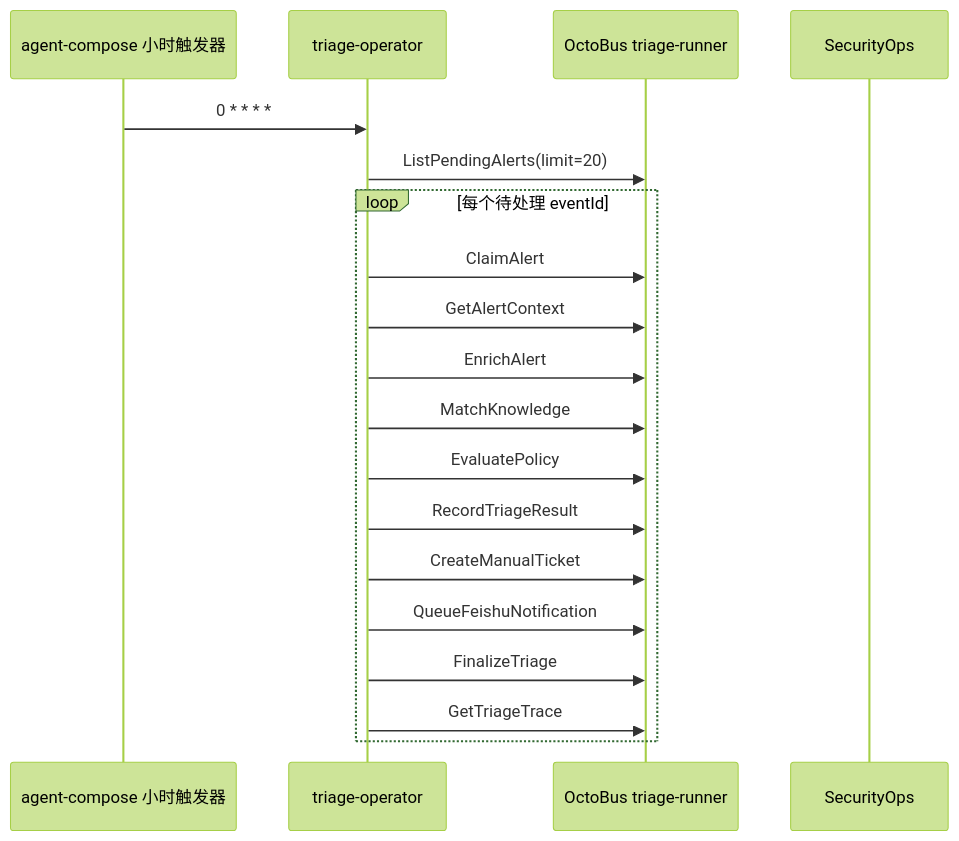
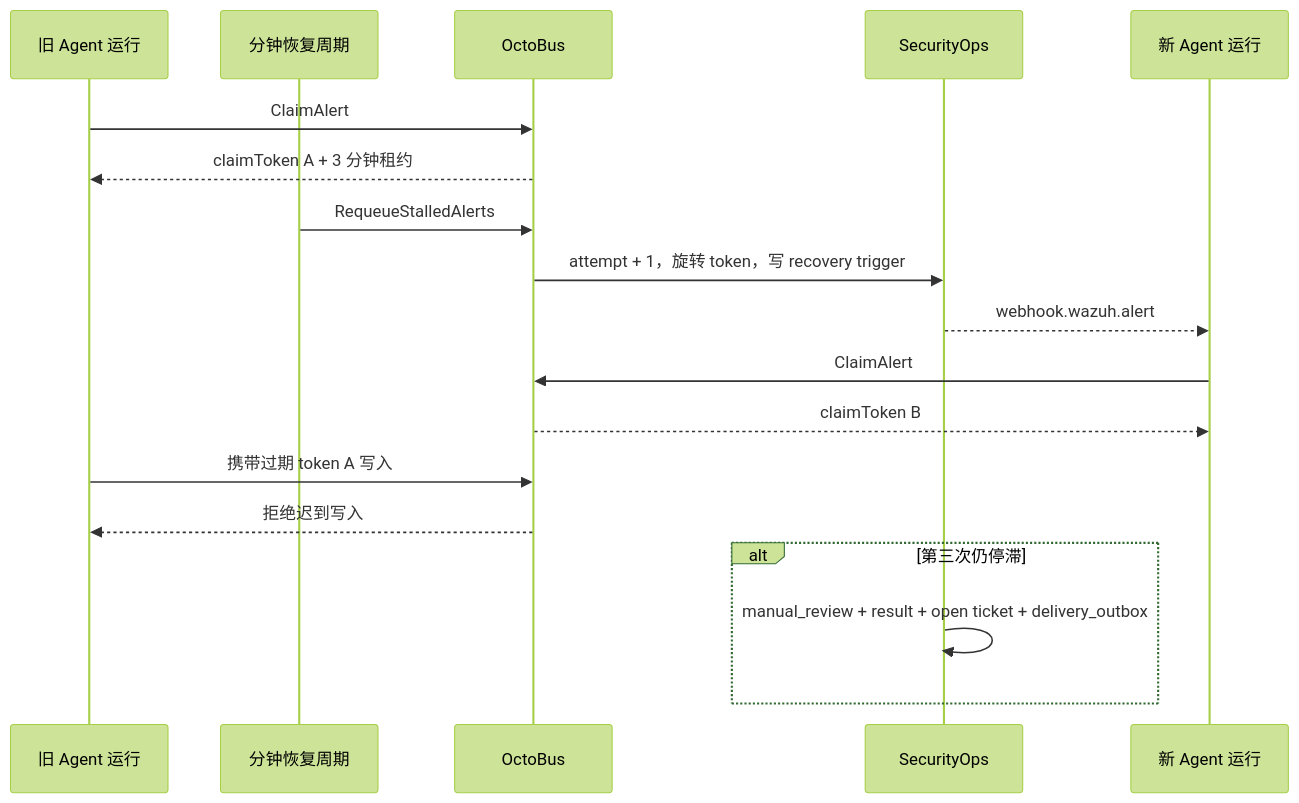
One commit to ch7pairsq/chaitin-triage-agent changed the third of 3 diagrams in README.md. Above: the diagram before and after it, drawn with Mermaid (forest theme). The commit also changed other lines of this file and 8 other files, not shown here.

````diff
--- a/README.md
+++ b/README.md
@@ -106,22 +109,21 @@
 ```mermaid
 sequenceDiagram
-  participant Cron as agent-compose 小时触发器
-  participant Agent as triage-operator
-  participant Bus as OctoBus triage-runner
+  participant Old as 旧 Agent 运行
+  participant Intake as 分钟恢复周期
+  participant Bus as OctoBus
   participant Ops as SecurityOps
+  participant New as 新 Agent 运行
 
-  Cron->>Agent: 0 * * * *
-  Agent->>Bus: ListPendingAlerts(limit=20)
-  loop 每个待处理 eventId
-    Agent->>Bus: ClaimAlert
-    Agent->>Bus: GetAlertContext
-    Agent->>Bus: EnrichAlert
-    Agent->>Bus: MatchKnowledge
-    Agent->>Bus: EvaluatePolicy
-    Agent->>Bus: RecordTriageResult
-    Agent->>Bus: CreateManualTicket
-    Agent->>Bus: QueueFeishuNotification
-    Agent->>Bus: FinalizeTriage
-    Agent->>Bus: GetTriageTrace
+  Old->>Bus: ClaimAlert
+  Bus-->>Old: claimToken A + 3 分钟租约
+  Intake->>Bus: RequeueStalledAlerts
+  Bus->>Ops: attempt + 1，旋转 token，写 recovery trigger
+  Ops-->>New: webhook.wazuh.alert
+  New->>Bus: ClaimAlert
+  Bus-->>New: claimToken B
+  Old->>Bus: 携带过期 token A 写入
+  Bus-->>Old: 拒绝迟到写入
+  alt 第三次仍停滞
+    Ops->>Ops: manual_review + result + open ticket + delivery_outbox
   end
 ```
````
